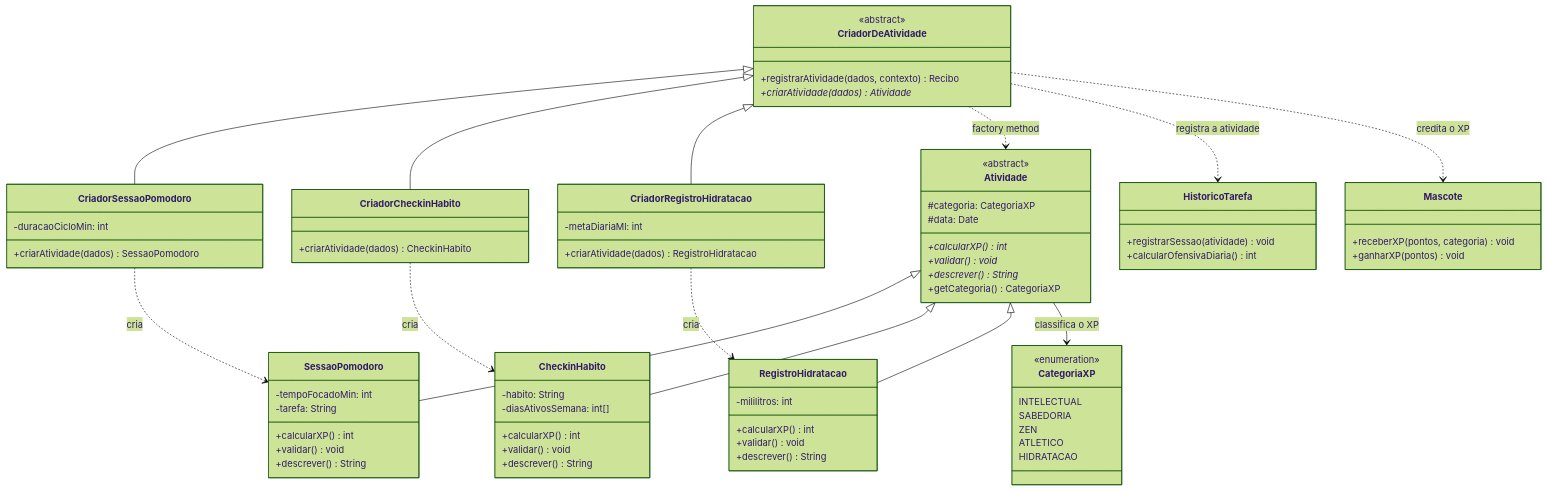
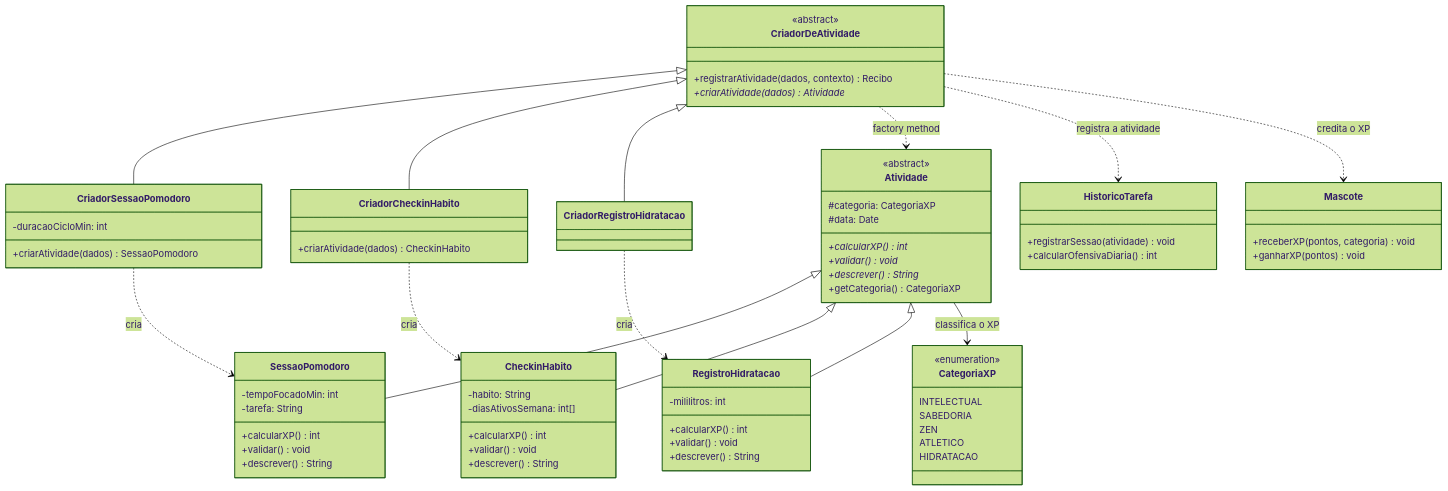
One commit to UnBArqDsw2026-2-Turma02/2026.2-T02-_G4_ProjetoJogo_Entrega_03 changed the second of 2 diagrams in docs/Base/Relatórios/1.1.2.SubEquipe_02.md. Above: the diagram before and after it, drawn with Mermaid (forest theme). The commit also changed other lines of this file and 1 other file, not shown here.

```diff
--- a/docs/Base/Relatórios/1.1.2.SubEquipe_02.md
+++ b/docs/Base/Relatórios/1.1.2.SubEquipe_02.md
@@ -448,11 +463,6 @@
 
     class CriadorCheckinHabito {
         +criarAtividade(dados) CheckinHabito
-    }
-
-    class CriadorRegistroHidratacao {
-        -metaDiariaMl: int
-        +criarAtividade(dados) RegistroHidratacao
     }
 
     class Atividade {
```
